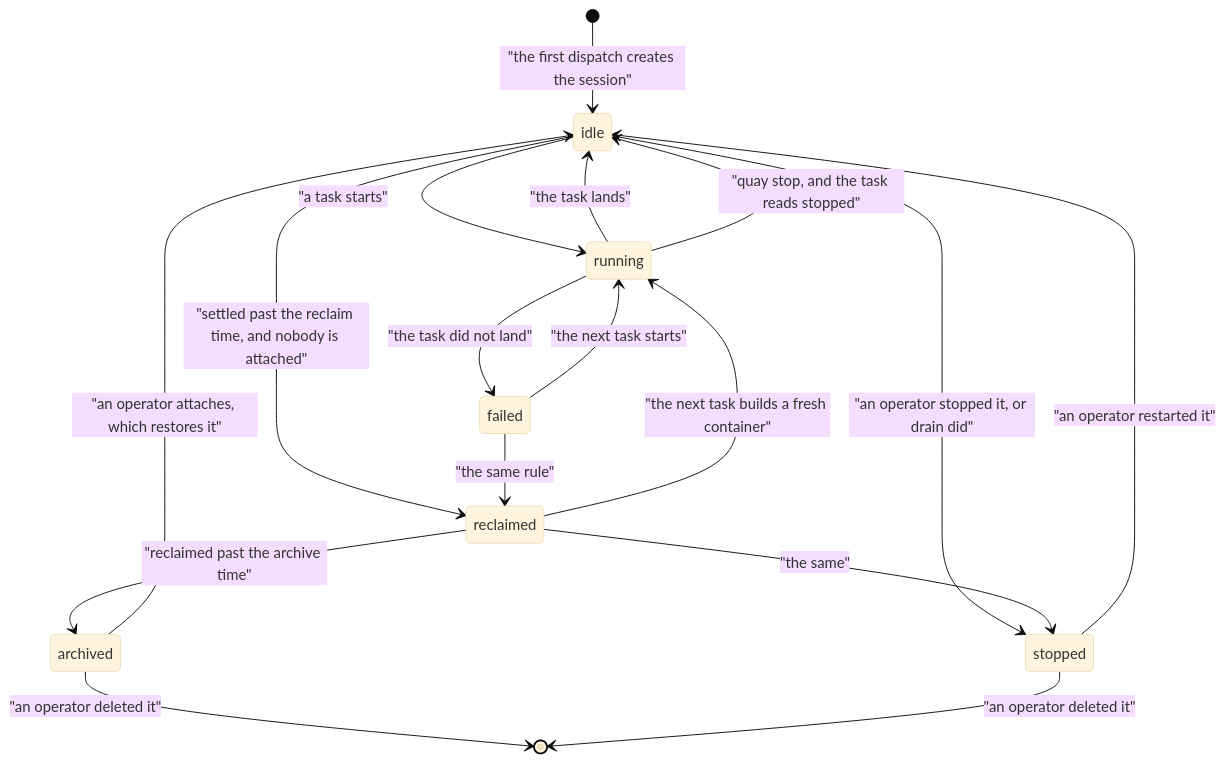
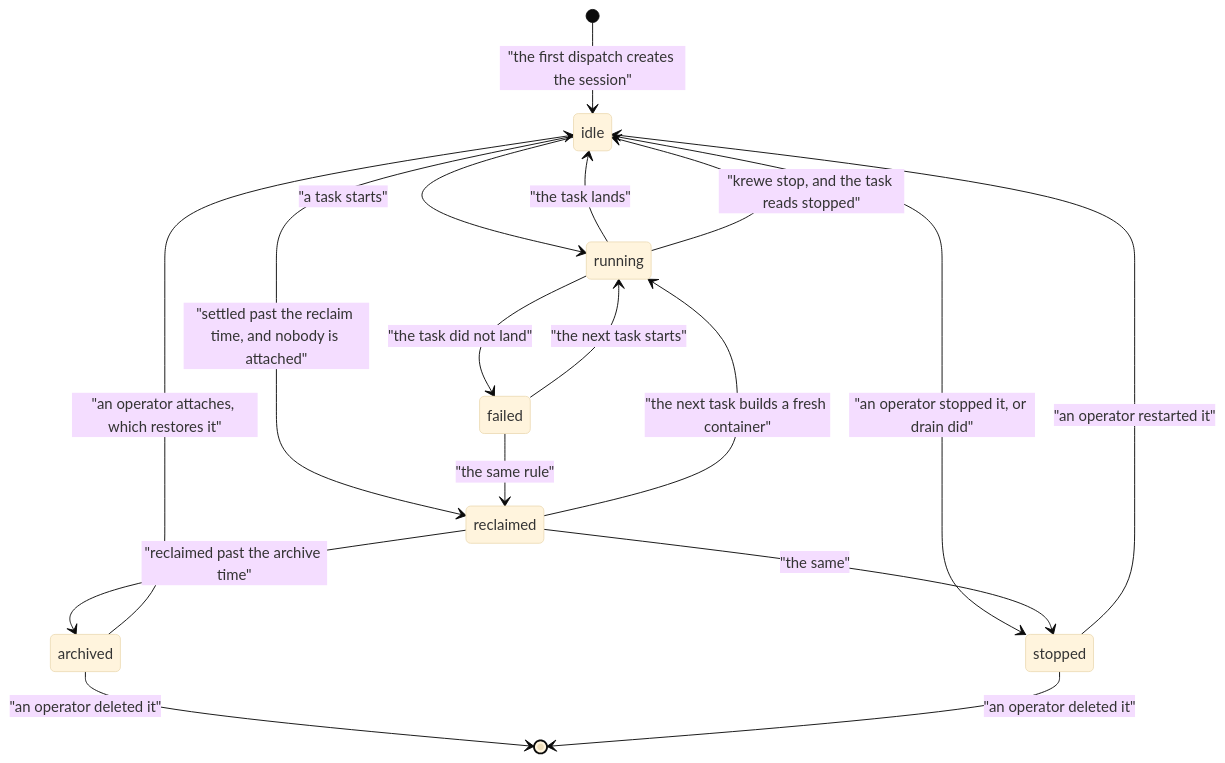
Diagram 16 of 23 in docs/ORCHESTRATION.md (atlantic-blue/quay-crew), drawn with Mermaid (base theme) before and after one commit. The commit also changed other lines of this file and 27 other files, not shown here.

````diff
--- a/docs/ORCHESTRATION.md
+++ b/docs/ORCHESTRATION.md
@@ -2587,19 +2587,19 @@
 ```mermaid
 stateDiagram-v2
     [*] --> idle: "the first dispatch creates the session"
     idle --> running: "a task starts"
     running --> idle: "the task lands"
-    running --> idle: "quay stop, and the task reads stopped"
+    running --> idle: "krewe stop, and the task reads stopped"
     running --> failed: "the task did not land"
     failed --> running: "the next task starts"
     idle --> reclaimed: "settled past the reclaim time, and nobody is attached"
     failed --> reclaimed: "the same rule"
     reclaimed --> running: "the next task builds a fresh container"
     reclaimed --> archived: "reclaimed past the archive time"
     idle --> stopped: "an operator stopped it, or drain did"
     reclaimed --> stopped: "the same"
     stopped --> idle: "an operator restarted it"
     archived --> idle: "an operator attaches, which restores it"
     archived --> [*]: "an operator deleted it"
     stopped --> [*]: "an operator deleted it"
 ```
````
